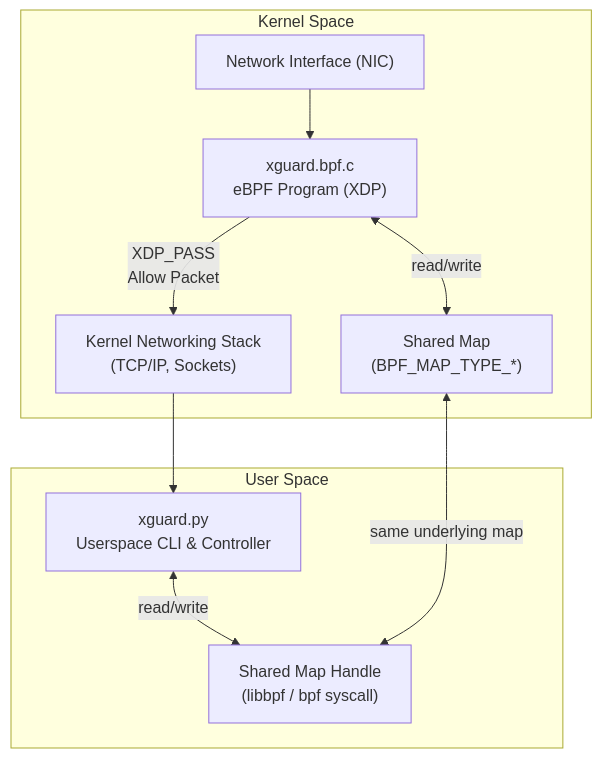
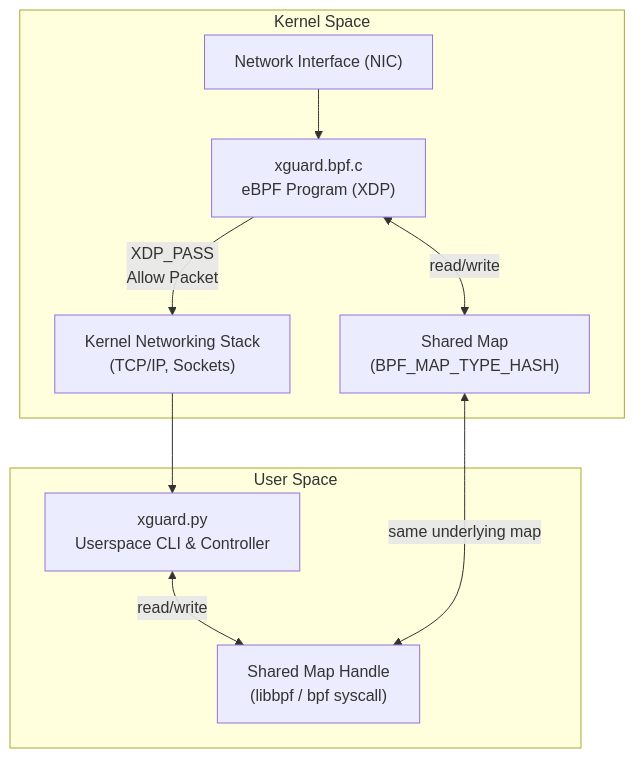
Before and after one commit to marchesir/xguard: the diagram in README.md, drawn with Mermaid. The commit also changed other lines of this file, not shown here.

````diff
--- a/README.md
+++ b/README.md
@@ -63,24 +66,24 @@
 ```mermaid
 flowchart TD
     subgraph "Kernel Space"
         NIC["Network Interface (NIC)"]
         XDP["xguard.bpf.c<br>eBPF Program (XDP)"]
         KernelStack["Kernel Networking Stack<br>(TCP/IP, Sockets)"]
-        MapK["Shared Map<br>(BPF_MAP_TYPE_*)"]
+        MapK["Shared Map<br>(BPF_MAP_TYPE_HASH)"]
     end
 
     subgraph "User Space"
         App["xguard.py<br>Userspace CLI & Controller"]
         MapU["Shared Map Handle<br>(libbpf / bpf syscall)"]
     end
 
     NIC --> XDP
     XDP -- "XDP_PASS<br>Allow Packet" --> KernelStack    
 
     KernelStack --> App
 
     %% Shared Map connections
     XDP <-- "read/write" --> MapK
     App <-- "read/write" --> MapU
     MapK <-- "same underlying map" --> MapU
 ```
````
